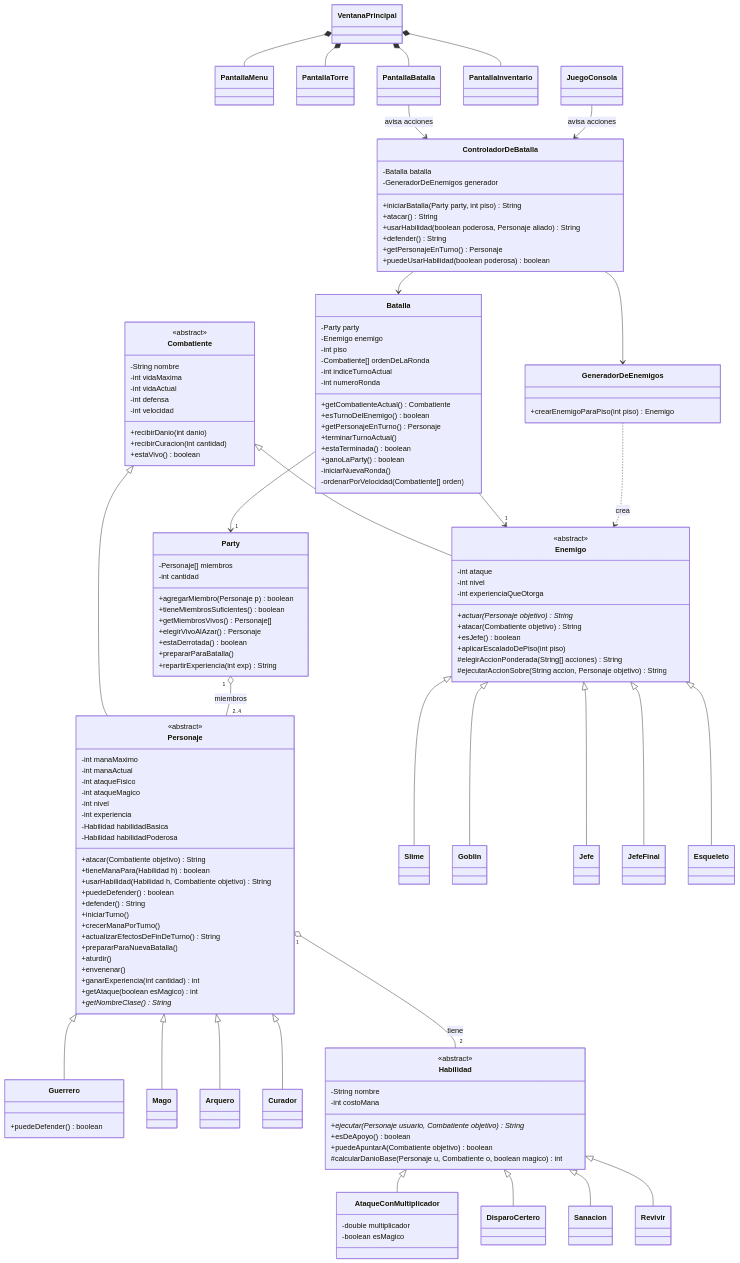
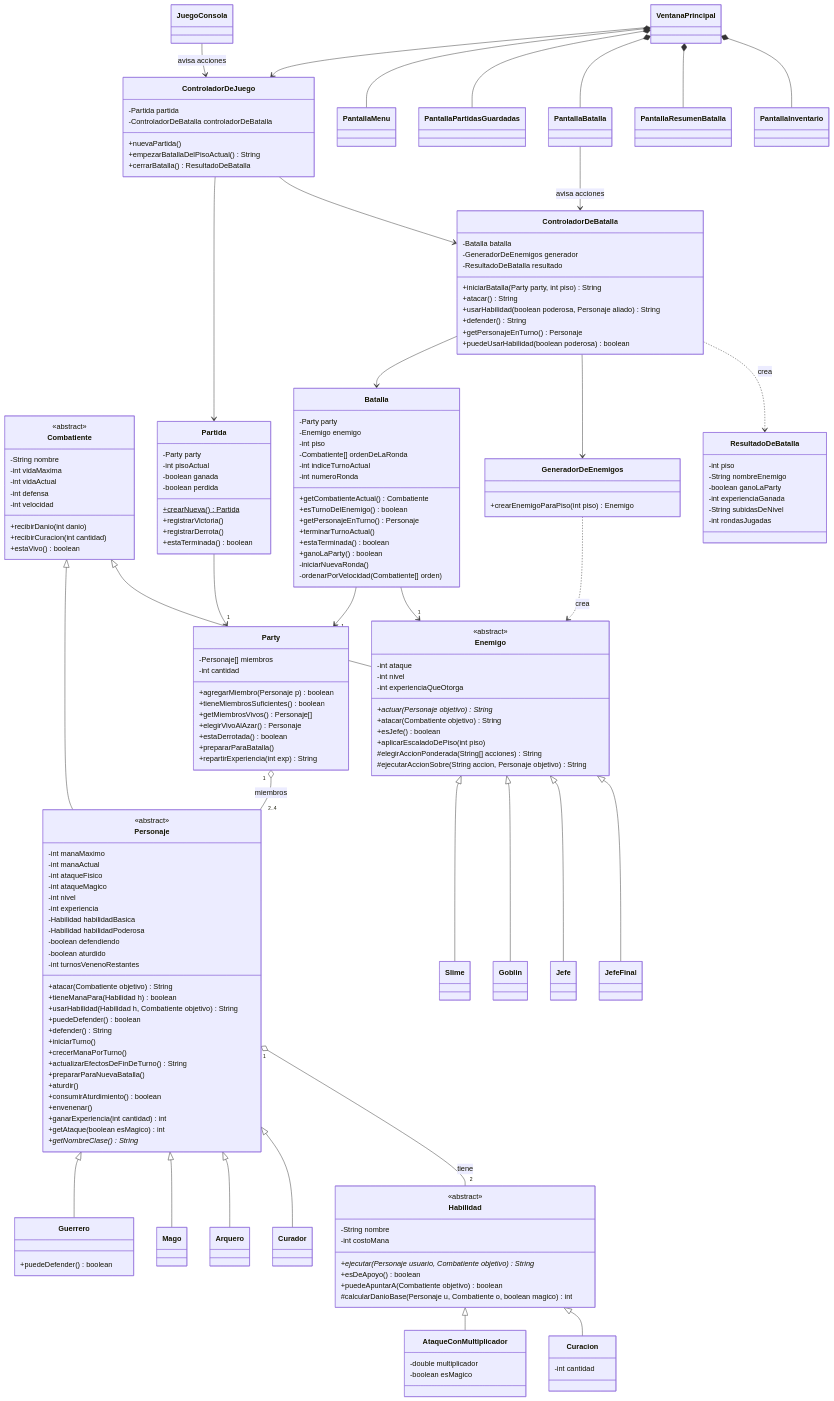
One commit to mateoQuotteri/Trabajo-Juego-POO changed the diagram in docs/diagrama-clases.mmd. Above: the diagram before and after it, drawn with Mermaid. The commit also changed 29 other files, not shown here.

Commit message:
dandole prioridad a estadisticas especificadas en el documento entregado como primer entrega y no al codigo existente - existian diferencias y se pulieron - delimitamos cantidad de vistas a desarrollar

```diff
--- a/docs/diagrama-clases.mmd
+++ b/docs/diagrama-clases.mmd
@@ -1,7 +1,6 @@
-%% Diagrama de clases del CÓDIGO ACTUAL (16/10/2026).
-%% Pegar en https://mermaid.live (o en el mismo mermaid.ai que usaron en la
-%% entrega) para verlo. Sirve de base para actualizar el diagrama oficial:
-%% la cátedra pide que los diagramas coincidan con la implementación.
+%% Diagrama de clases del CÓDIGO ACTUAL (16/10/2026, alineado al documento).
+%% Pegar en https://mermaid.live (o en mermaid.ai, donde está el oficial).
+%% La cátedra pide que los diagramas coincidan con la implementación.
 classDiagram
     direction TB
 
@@ -27,6 +26,9 @@
         -int experiencia
         -Habilidad habilidadBasica
         -Habilidad habilidadPoderosa
+        -boolean defendiendo
+        -boolean aturdido
+        -int turnosVenenoRestantes
         +atacar(Combatiente objetivo) String
         +tieneManaPara(Habilidad h) boolean
         +usarHabilidad(Habilidad h, Combatiente objetivo) String
@@ -37,6 +39,7 @@
         +actualizarEfectosDeFinDeTurno() String
         +prepararParaNuevaBatalla()
         +aturdir()
+        +consumirAturdimiento() boolean
         +envenenar()
         +ganarExperiencia(int cantidad) int
         +getAtaque(boolean esMagico) int
@@ -63,9 +66,9 @@
         -double multiplicador
         -boolean esMagico
     }
-    class DisparoCertero
-    class Sanacion
-    class Revivir
+    class Curacion {
+        -int cantidad
+    }
 
     class Enemigo {
         <<abstract>>
@@ -83,7 +86,6 @@
     class Goblin
     class Jefe
     class JefeFinal
-    class Esqueleto
 
     class Party {
         -Personaje[] miembros
@@ -114,13 +116,42 @@
         -ordenarPorVelocidad(Combatiente[] orden)
     }
 
+    class Partida {
+        -Party party
+        -int pisoActual
+        -boolean ganada
+        -boolean perdida
+        +crearNueva()$ Partida
+        +registrarVictoria()
+        +registrarDerrota()
+        +estaTerminada() boolean
+    }
+
+    class ResultadoDeBatalla {
+        -int piso
+        -String nombreEnemigo
+        -boolean ganoLaParty
+        -int experienciaGanada
+        -String subidasDeNivel
+        -int rondasJugadas
+    }
+
     class GeneradorDeEnemigos {
         +crearEnemigoParaPiso(int piso) Enemigo
+    }
+
+    class ControladorDeJuego {
+        -Partida partida
+        -ControladorDeBatalla controladorDeBatalla
+        +nuevaPartida()
+        +empezarBatallaDelPisoActual() String
+        +cerrarBatalla() ResultadoDeBatalla
     }
 
     class ControladorDeBatalla {
         -Batalla batalla
         -GeneradorDeEnemigos generador
+        -ResultadoDeBatalla resultado
         +iniciarBatalla(Party party, int piso) String
         +atacar() String
         +usarHabilidad(boolean poderosa, Personaje aliado) String
@@ -131,8 +162,9 @@
 
     class VentanaPrincipal
     class PantallaMenu
-    class PantallaTorre
+    class PantallaPartidasGuardadas
     class PantallaBatalla
+    class PantallaResumenBatalla
     class PantallaInventario
     class JuegoConsola
 
@@ -146,22 +178,25 @@
     Enemigo <|-- Goblin
     Enemigo <|-- Jefe
     Enemigo <|-- JefeFinal
-    Enemigo <|-- Esqueleto
     Habilidad <|-- AtaqueConMultiplicador
-    Habilidad <|-- DisparoCertero
-    Habilidad <|-- Sanacion
-    Habilidad <|-- Revivir
+    Habilidad <|-- Curacion
 
     Personaje "1" o-- "2" Habilidad : tiene
     Party "1" o-- "2..4" Personaje : miembros
+    Partida --> "1" Party
     Batalla --> "1" Party
     Batalla --> "1" Enemigo
     GeneradorDeEnemigos ..> Enemigo : crea
     ControladorDeBatalla --> Batalla
     ControladorDeBatalla --> GeneradorDeEnemigos
+    ControladorDeBatalla ..> ResultadoDeBatalla : crea
+    ControladorDeJuego --> Partida
+    ControladorDeJuego --> ControladorDeBatalla
+    VentanaPrincipal --> ControladorDeJuego
     VentanaPrincipal *-- PantallaMenu
-    VentanaPrincipal *-- PantallaTorre
+    VentanaPrincipal *-- PantallaPartidasGuardadas
     VentanaPrincipal *-- PantallaBatalla
+    VentanaPrincipal *-- PantallaResumenBatalla
     VentanaPrincipal *-- PantallaInventario
     PantallaBatalla --> ControladorDeBatalla : avisa acciones
-    JuegoConsola --> ControladorDeBatalla : avisa acciones
+    JuegoConsola --> ControladorDeJuego : avisa acciones
```
